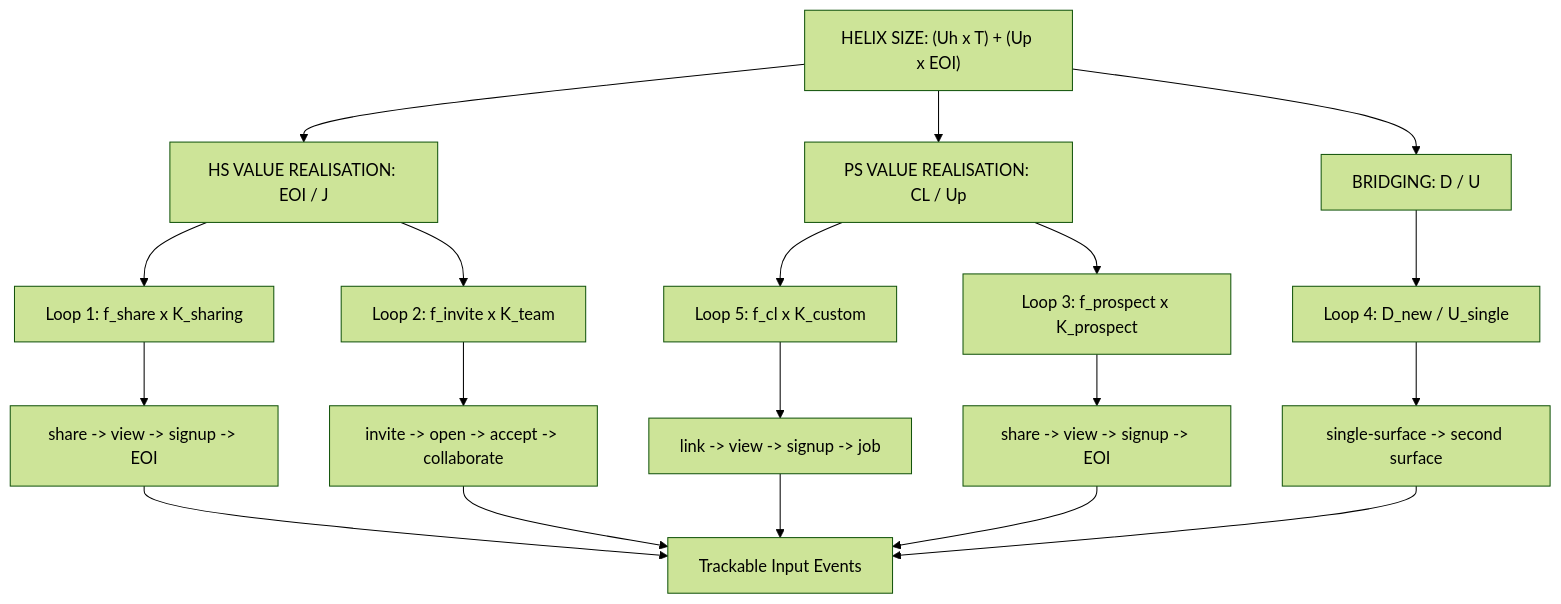
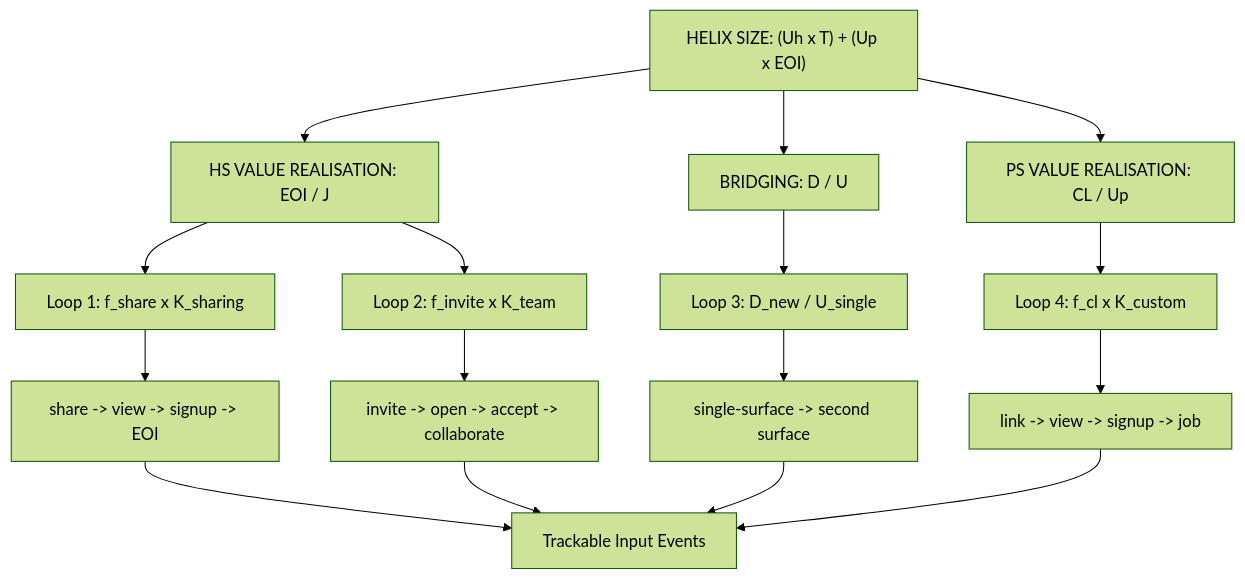
Diagram 14 of 14 in presentations/helix-nms-detailed/slides_act3_act4.md (Zipstorm/jobpilot-presentation), drawn with Mermaid (forest theme) before and after one commit. The commit also changed other lines of this file and 10 other files, not shown here.

````diff
--- a/presentations/helix-nms-detailed/slides_act3_act4.md
+++ b/presentations/helix-nms-detailed/slides_act3_act4.md
@@ -840,22 +694,19 @@
 ```mermaid
 graph TD
     HS["HELIX SIZE: (Uh x T) + (Up x EOI)"]
     HS --> HL["HS VALUE REALISATION: EOI / J"]
     HS --> PA["PS VALUE REALISATION: CL / Up"]
     HS --> BR["BRIDGING: D / U"]
     HL --> L1T["Loop 1: f_share x K_sharing"]
     HL --> L2T["Loop 2: f_invite x K_team"]
-    PA --> L5T["Loop 5: f_cl x K_custom"]
-    PA --> L3T["Loop 3: f_prospect x K_prospect"]
-    BR --> L4T["Loop 4: D_new / U_single"]
+    PA --> L4T["Loop 4: f_cl x K_custom"]
+    BR --> L3T["Loop 3: D_new / U_single"]
     L1T --> L1F["share -> view -> signup -> EOI"]
     L2T --> L2F["invite -> open -> accept -> collaborate"]
-    L3T --> L3F["share -> view -> signup -> EOI"]
-    L4T --> L4F["single-surface -> second surface"]
-    L5T --> L5F["link -> view -> signup -> job"]
+    L3T --> L3F["single-surface -> second surface"]
+    L4T --> L4F["link -> view -> signup -> job"]
     L1F --> EV["Trackable Input Events"]
     L2F --> EV
     L3F --> EV
     L4F --> EV
-    L5F --> EV
 ```
````
